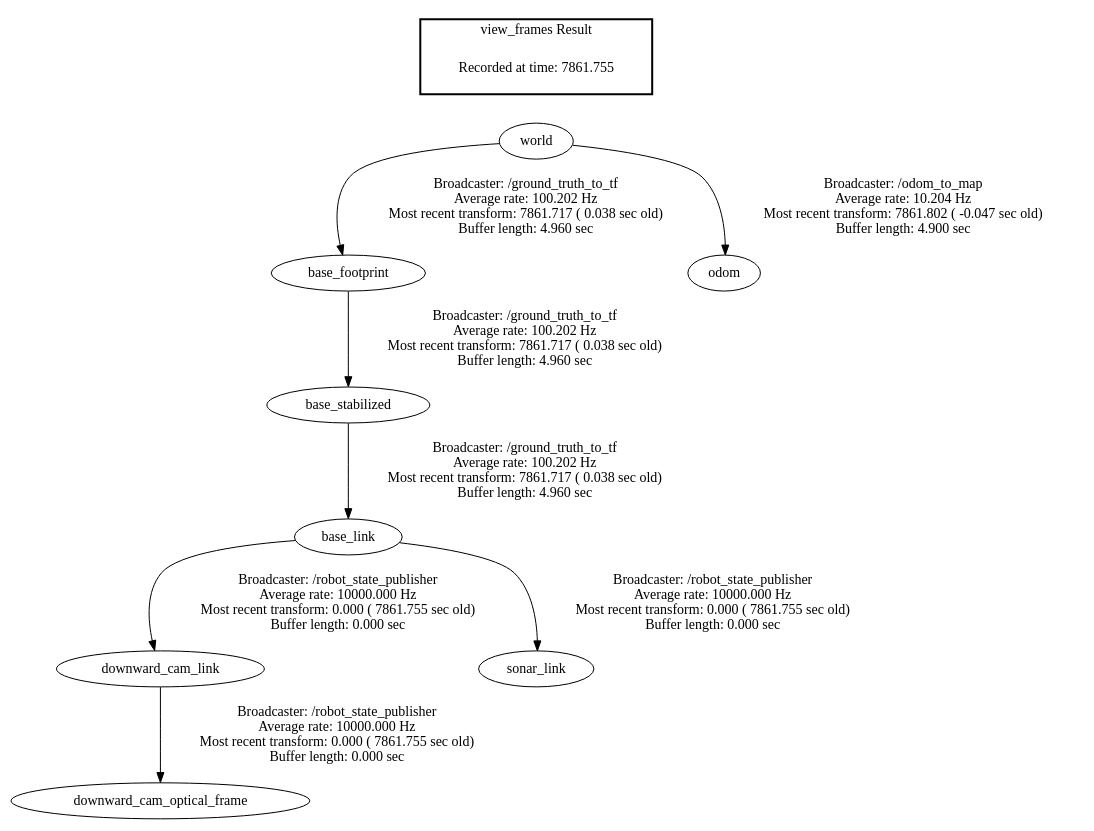
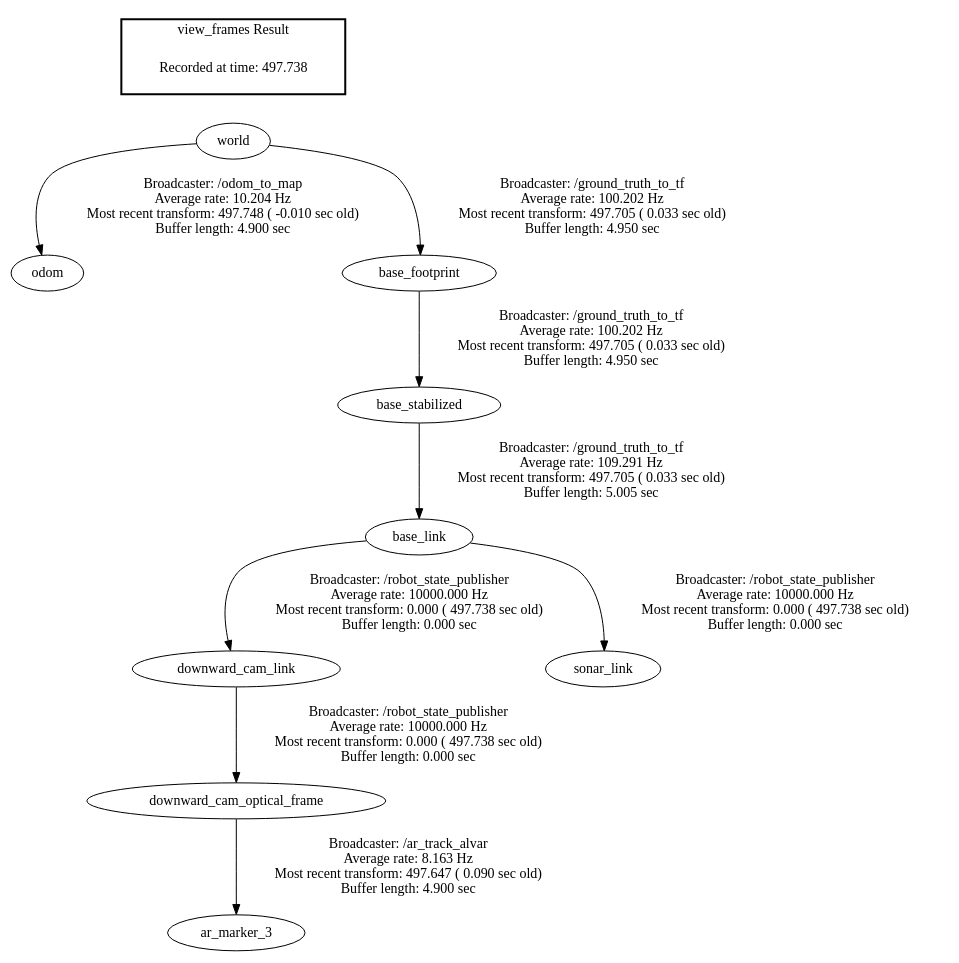
One commit to suveergarg/uav_landing changed the diagram in frames.gv. Above: the diagram before and after it, drawn with Graphviz. The commit also changed 3 other files, not shown here.

```diff
--- a/frames.gv
+++ b/frames.gv
@@ -1,13 +1,14 @@
 digraph G {
-"base_link" -> "downward_cam_link"[label="Broadcaster: /robot_state_publisher\nAverage rate: 10000.000 Hz\nMost recent transform: 0.000 ( 7861.755 sec old)\nBuffer length: 0.000 sec\n"];
-"base_stabilized" -> "base_link"[label="Broadcaster: /ground_truth_to_tf\nAverage rate: 100.202 Hz\nMost recent transform: 7861.717 ( 0.038 sec old)\nBuffer length: 4.960 sec\n"];
-"downward_cam_link" -> "downward_cam_optical_frame"[label="Broadcaster: /robot_state_publisher\nAverage rate: 10000.000 Hz\nMost recent transform: 0.000 ( 7861.755 sec old)\nBuffer length: 0.000 sec\n"];
-"base_link" -> "sonar_link"[label="Broadcaster: /robot_state_publisher\nAverage rate: 10000.000 Hz\nMost recent transform: 0.000 ( 7861.755 sec old)\nBuffer length: 0.000 sec\n"];
-"world" -> "base_footprint"[label="Broadcaster: /ground_truth_to_tf\nAverage rate: 100.202 Hz\nMost recent transform: 7861.717 ( 0.038 sec old)\nBuffer length: 4.960 sec\n"];
-"base_footprint" -> "base_stabilized"[label="Broadcaster: /ground_truth_to_tf\nAverage rate: 100.202 Hz\nMost recent transform: 7861.717 ( 0.038 sec old)\nBuffer length: 4.960 sec\n"];
-"world" -> "odom"[label="Broadcaster: /odom_to_map\nAverage rate: 10.204 Hz\nMost recent transform: 7861.802 ( -0.047 sec old)\nBuffer length: 4.900 sec\n"];
+"base_link" -> "downward_cam_link"[label="Broadcaster: /robot_state_publisher\nAverage rate: 10000.000 Hz\nMost recent transform: 0.000 ( 497.738 sec old)\nBuffer length: 0.000 sec\n"];
+"base_stabilized" -> "base_link"[label="Broadcaster: /ground_truth_to_tf\nAverage rate: 109.291 Hz\nMost recent transform: 497.705 ( 0.033 sec old)\nBuffer length: 5.005 sec\n"];
+"downward_cam_link" -> "downward_cam_optical_frame"[label="Broadcaster: /robot_state_publisher\nAverage rate: 10000.000 Hz\nMost recent transform: 0.000 ( 497.738 sec old)\nBuffer length: 0.000 sec\n"];
+"base_link" -> "sonar_link"[label="Broadcaster: /robot_state_publisher\nAverage rate: 10000.000 Hz\nMost recent transform: 0.000 ( 497.738 sec old)\nBuffer length: 0.000 sec\n"];
+"world" -> "odom"[label="Broadcaster: /odom_to_map\nAverage rate: 10.204 Hz\nMost recent transform: 497.748 ( -0.010 sec old)\nBuffer length: 4.900 sec\n"];
+"world" -> "base_footprint"[label="Broadcaster: /ground_truth_to_tf\nAverage rate: 100.202 Hz\nMost recent transform: 497.705 ( 0.033 sec old)\nBuffer length: 4.950 sec\n"];
+"base_footprint" -> "base_stabilized"[label="Broadcaster: /ground_truth_to_tf\nAverage rate: 100.202 Hz\nMost recent transform: 497.705 ( 0.033 sec old)\nBuffer length: 4.950 sec\n"];
+"downward_cam_optical_frame" -> "ar_marker_3"[label="Broadcaster: /ar_track_alvar\nAverage rate: 8.163 Hz\nMost recent transform: 497.647 ( 0.090 sec old)\nBuffer length: 4.900 sec\n"];
 edge [style=invis];
  subgraph cluster_legend { style=bold; color=black; label ="view_frames Result";
-"Recorded at time: 7861.755"[ shape=plaintext ] ;
+"Recorded at time: 497.738"[ shape=plaintext ] ;
  }->"world";
 }
```
